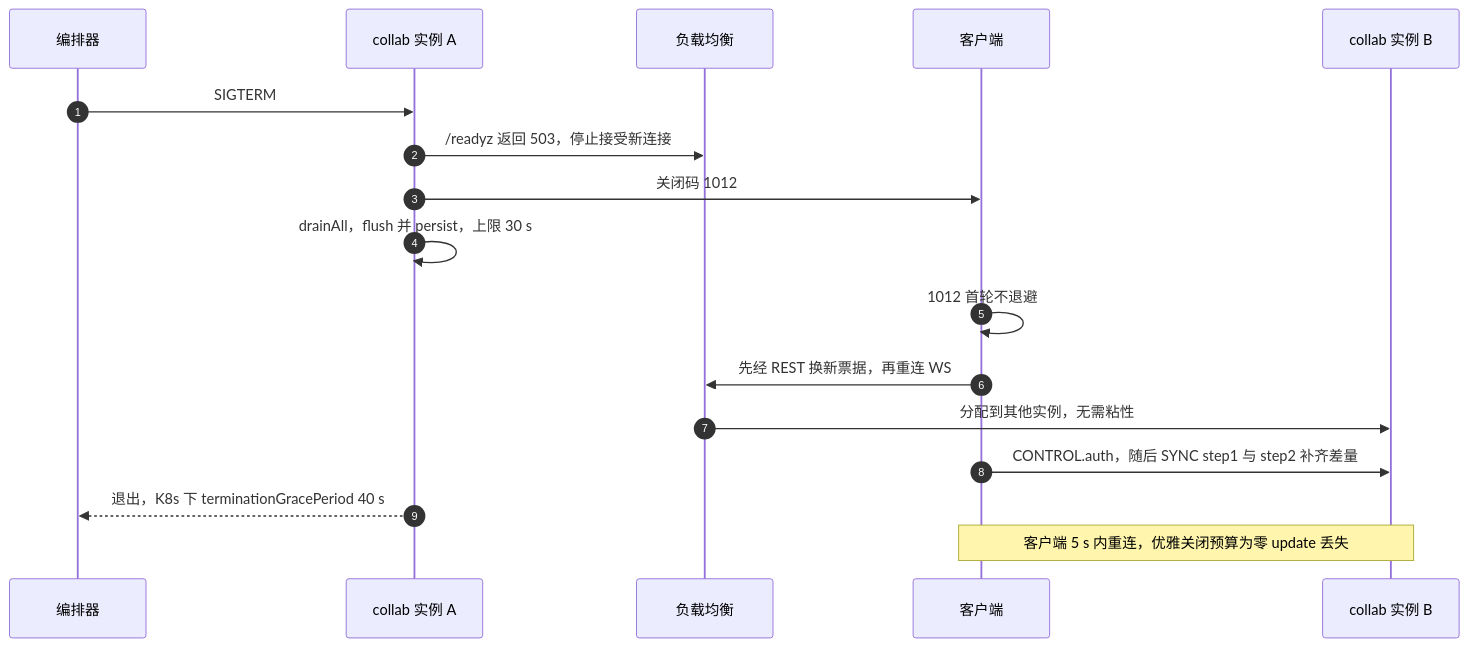
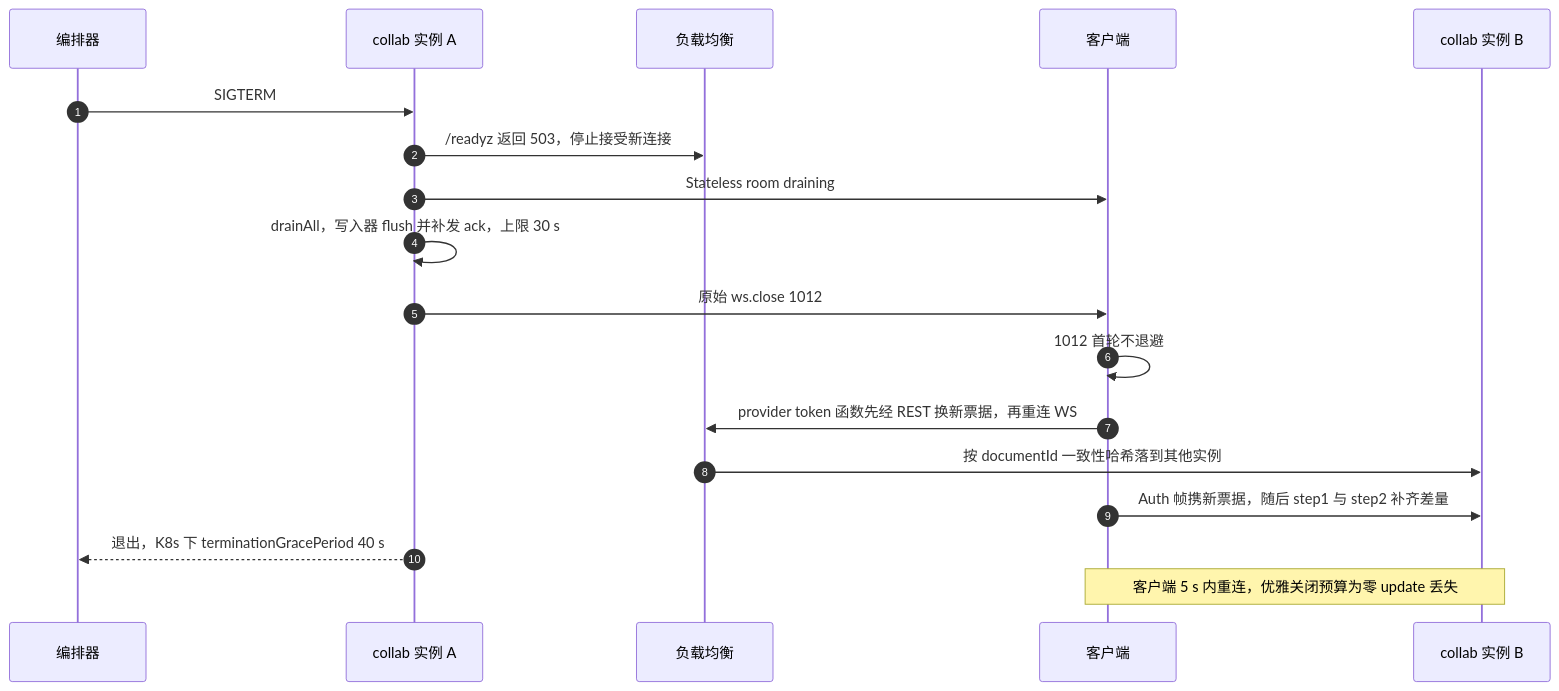
Before and after one commit to Xeonice/cordis-ppt-editor: diagram 12 of 46 in docs/40-modules/19-atlas-backend-and-data.md, drawn with Mermaid. The commit also changed other lines of this file and 78 other files, not shown here.

````diff
--- a/docs/40-modules/19-atlas-backend-and-data.md
+++ b/docs/40-modules/19-atlas-backend-and-data.md
@@ -497,19 +502,20 @@
 ```mermaid
 sequenceDiagram
   autonumber
   participant orch as 编排器
   participant a as collab 实例 A
   participant lb as 负载均衡
   participant c as 客户端
   participant b as collab 实例 B
   orch->>a: SIGTERM
   a->>lb: /readyz 返回 503，停止接受新连接
-  a->>c: 关闭码 1012
-  a->>a: drainAll，flush 并 persist，上限 30 s
+  a->>c: Stateless room draining
+  a->>a: drainAll，写入器 flush 并补发 ack，上限 30 s
+  a->>c: 原始 ws.close 1012
   c->>c: 1012 首轮不退避
-  c->>lb: 先经 REST 换新票据，再重连 WS
-  lb->>b: 分配到其他实例，无需粘性
-  c->>b: CONTROL.auth，随后 SYNC step1 与 step2 补齐差量
+  c->>lb: provider token 函数先经 REST 换新票据，再重连 WS
+  lb->>b: 按 documentId 一致性哈希落到其他实例
+  c->>b: Auth 帧携新票据，随后 step1 与 step2 补齐差量
   a-->>orch: 退出，K8s 下 terminationGracePeriod 40 s
   Note over c,b: 客户端 5 s 内重连，优雅关闭预算为零 update 丢失
 ```
````
